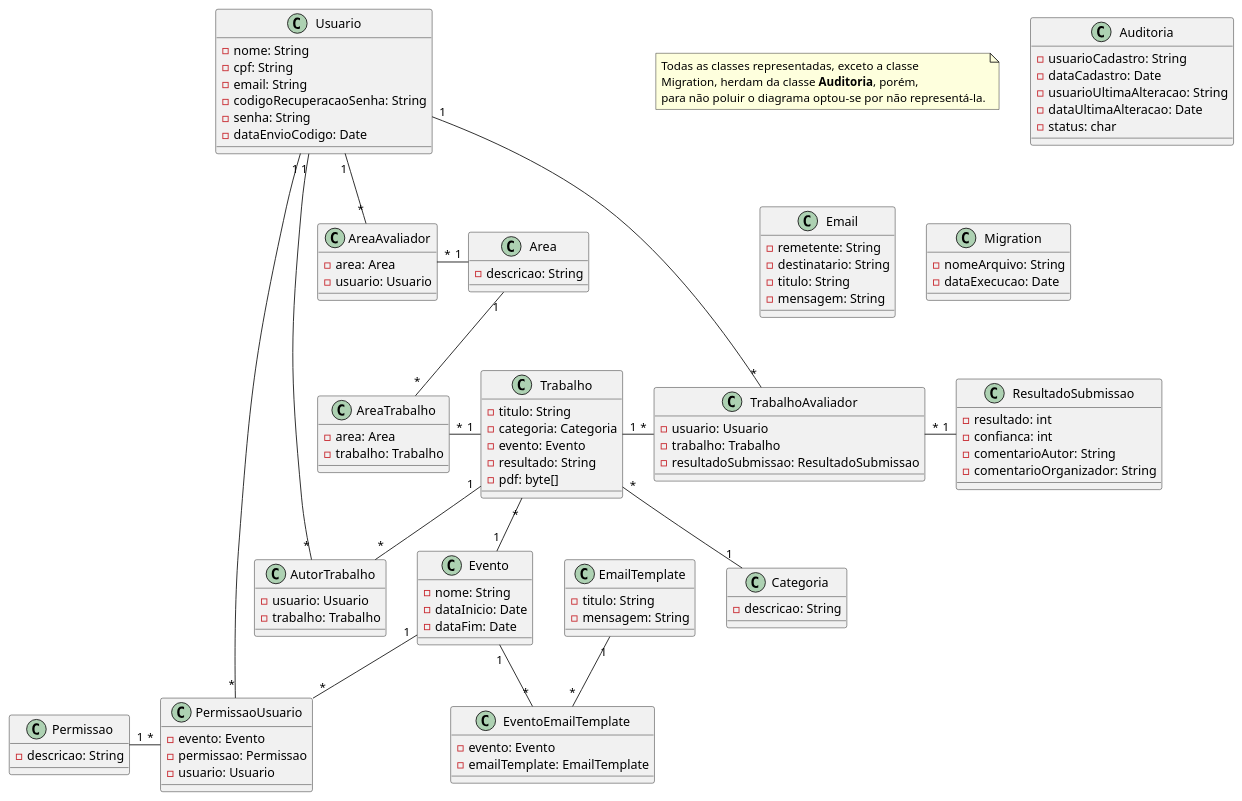
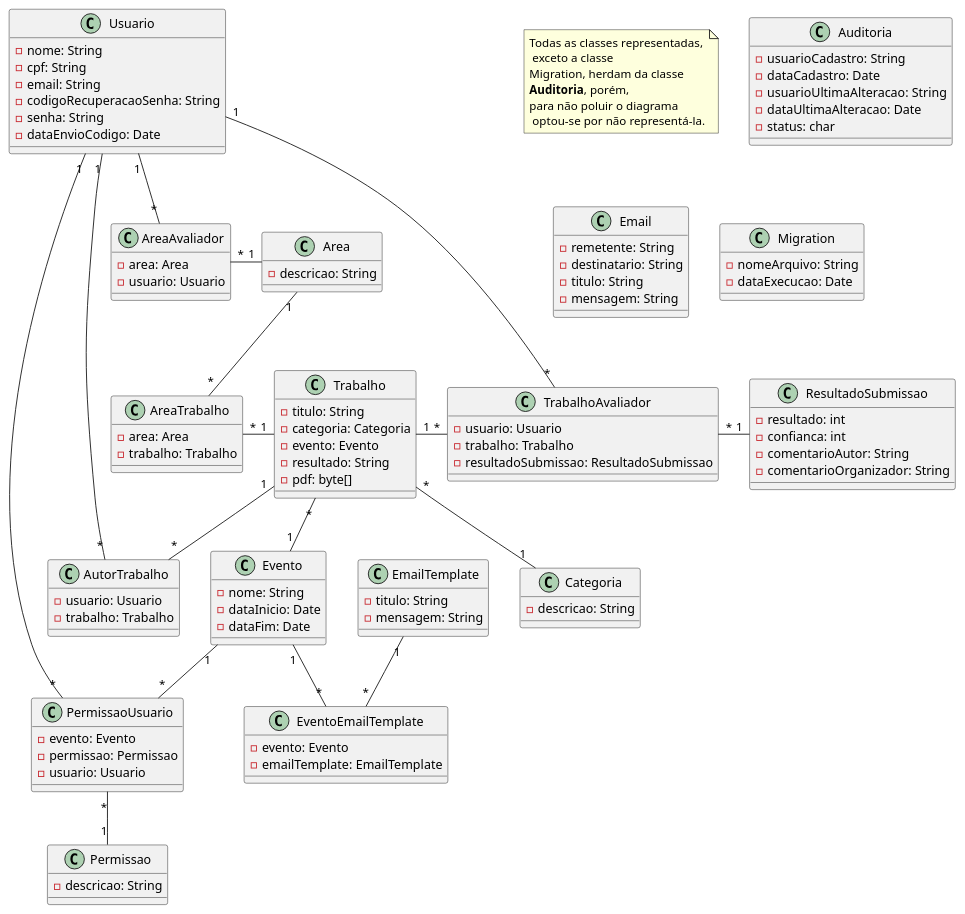
One commit to ifpr-paranavai/Trabif changed the diagram in back/src/main/resources/diagrams/classDiagram.puml. Above: the diagram before and after it, drawn with PlantUML.

Commit message:
Melhorado posicionamento do diagrama

```diff
--- a/back/src/main/resources/diagrams/classDiagram.puml
+++ b/back/src/main/resources/diagrams/classDiagram.puml
@@ -1,125 +1,128 @@
 @startuml
 
 note as N1
-  Todas as classes representadas, exceto a classe
-  Migration, herdam da classe <b>Auditoria</b>, porém,
-  para não poluir o diagrama optou-se por não representá-la.
+  Todas as classes representadas,
+   exceto a classe
+  Migration, herdam da classe 
+  <b>Auditoria</b>, porém,
+  para não poluir o diagrama
+   optou-se por não representá-la.
 end note
 
 class Area {
 - descricao: String
 }
 
 class AreaAvaliador {
 - area: Area
 - usuario: Usuario
 }
 
 class AreaTrabalho {
 - area: Area
 - trabalho: Trabalho
 }
 
 class AutorTrabalho {
 - usuario: Usuario
 - trabalho: Trabalho
 }
 
 class Auditoria {
 - usuarioCadastro: String
 - dataCadastro: Date
 - usuarioUltimaAlteracao: String
 - dataUltimaAlteracao: Date
 - status: char
 }
 
 class Categoria {
 - descricao: String
 }
 
 class Email {
 - remetente: String
 - destinatario: String
 - titulo: String
 - mensagem: String
 }
 
 class EmailTemplate {
 - titulo: String
 - mensagem: String
 }
 
 class Evento {
 - nome: String
 - dataInicio: Date
 - dataFim: Date
 }
 
 class EventoEmailTemplate {
 - evento: Evento
 - emailTemplate: EmailTemplate
 }
 
 class Migration {
 - nomeArquivo: String
 - dataExecucao: Date
 }
 
 class Permissao {
 - descricao: String
 }
 
 class PermissaoUsuario {
 - evento: Evento
 - permissao: Permissao
 - usuario: Usuario
 }
 
 class ResultadoSubmissao {
 - resultado: int
 - confianca: int
 - comentarioAutor: String
 - comentarioOrganizador: String
 }
 
 class Trabalho {
 - titulo: String
 - categoria: Categoria
 - evento: Evento
 - resultado: String
 - pdf: byte[]
 }
 
 class TrabalhoAvaliador {
 - usuario: Usuario
 - trabalho: Trabalho
 - resultadoSubmissao: ResultadoSubmissao
 }
 
 class Usuario {
 - nome: String
 - cpf: String
 - email: String
 - codigoRecuperacaoSenha: String
 - senha: String
 - dataEnvioCodigo: Date
 }
 
 Area "1" -left- "*" AreaAvaliador
 Area "1" -- "*" AreaTrabalho
 Usuario "1" -down- "*" AreaAvaliador
 Usuario "1" -left- "*" AutorTrabalho
 Usuario "1" -down- "*" TrabalhoAvaliador
 Usuario "1" -up- "*" PermissaoUsuario
 Trabalho "1" -down- "*" AutorTrabalho
 Trabalho "1" -left- "*" AreaTrabalho
 Trabalho "*" -- "1" Categoria
 Trabalho "*" -- "1" Evento
 Trabalho "1" -right- "*" TrabalhoAvaliador
-Permissao "1" -right- "*" PermissaoUsuario
+Permissao "1" -up- "*" PermissaoUsuario
 Evento "1" -- "*" PermissaoUsuario
 Evento "1" -- "*" EventoEmailTemplate
 EmailTemplate "1" -- "*" EventoEmailTemplate
 ResultadoSubmissao "1" -left- "*" TrabalhoAvaliador
 
 @enduml
```
